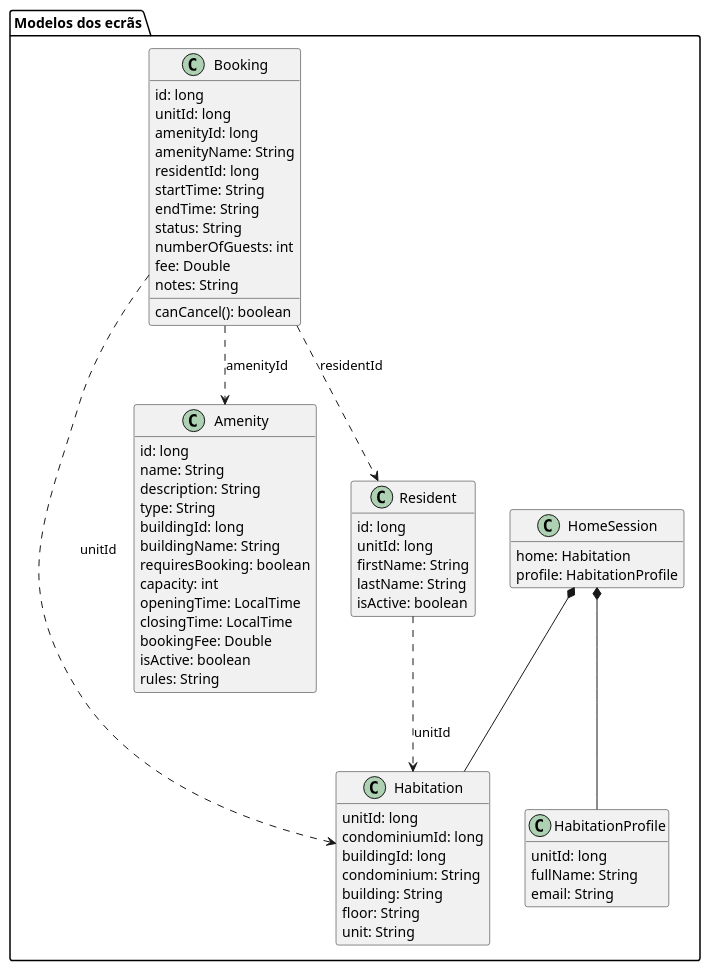
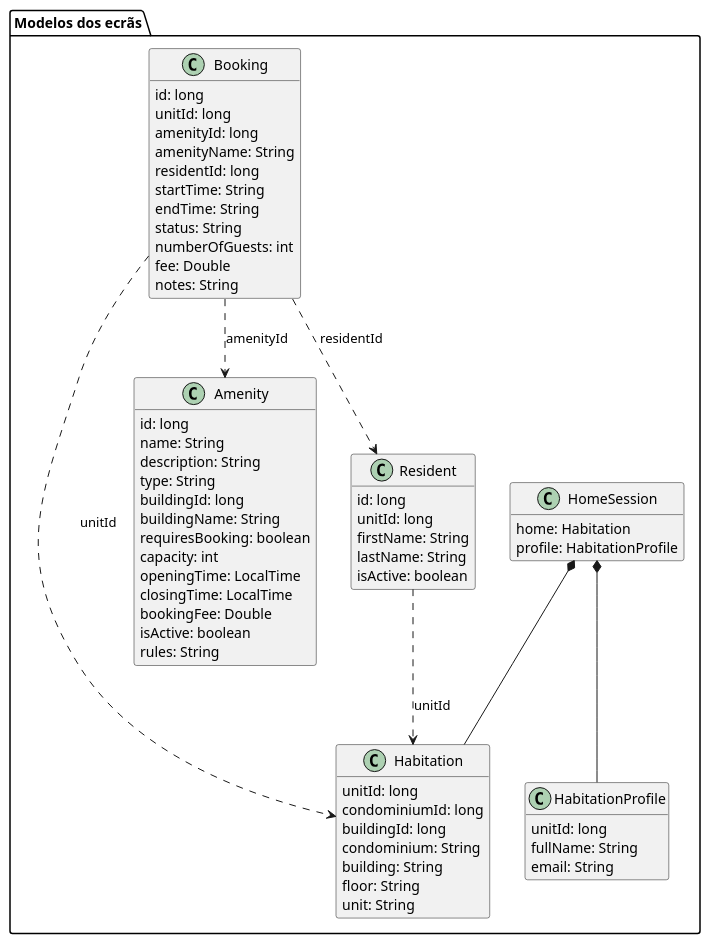
Before and after one commit to MiguelSantos568/DSSMV_ProjectDroid_1231121_1240568: the diagram in app/doc/DomainModel.puml, drawn with PlantUML. The commit also changed 35 other files, not shown here.

```diff
--- a/app/doc/DomainModel.puml
+++ b/app/doc/DomainModel.puml
@@ -1,68 +1,67 @@
 @startuml
 hide empty methods
 
 package "Modelos dos ecrãs" {
     class Habitation {
         unitId: long
         condominiumId: long
         buildingId: long
         condominium: String
         building: String
         floor: String
         unit: String
     }
     class HabitationProfile {
         unitId: long
         fullName: String
         email: String
     }
     class HomeSession {
         home: Habitation
         profile: HabitationProfile
     }
     class Amenity {
         id: long
         name: String
         description: String
         type: String
         buildingId: long
         buildingName: String
         requiresBooking: boolean
         capacity: int
         openingTime: LocalTime
         closingTime: LocalTime
         bookingFee: Double
         isActive: boolean
         rules: String
     }
     class Resident {
         id: long
         unitId: long
         firstName: String
         lastName: String
         isActive: boolean
     }
     class Booking {
         id: long
         unitId: long
         amenityId: long
         amenityName: String
         residentId: long
         startTime: String
         endTime: String
         status: String
         numberOfGuests: int
         fee: Double
         notes: String
-        canCancel(): boolean
     }
 }
 
 HomeSession *-- Habitation
 HomeSession *-- HabitationProfile
 Booking ..> Habitation : unitId
 Booking ..> Amenity : amenityId
 Booking ..> Resident : residentId
 Resident ..> Habitation : unitId
 
 @enduml
```
